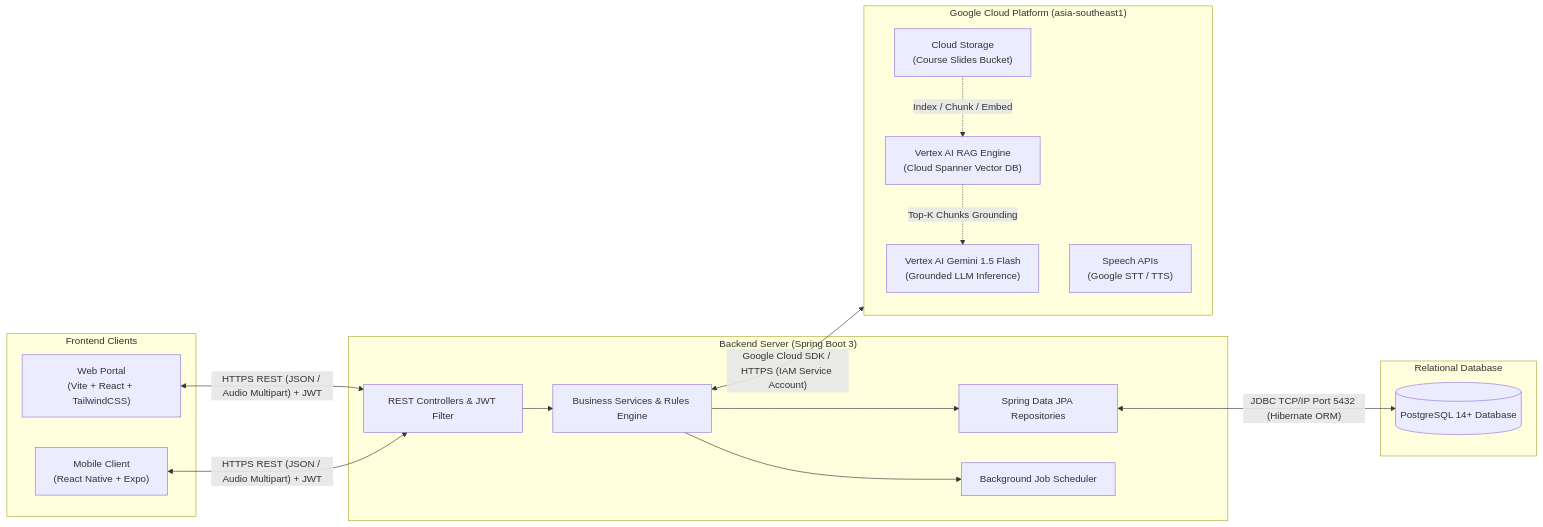
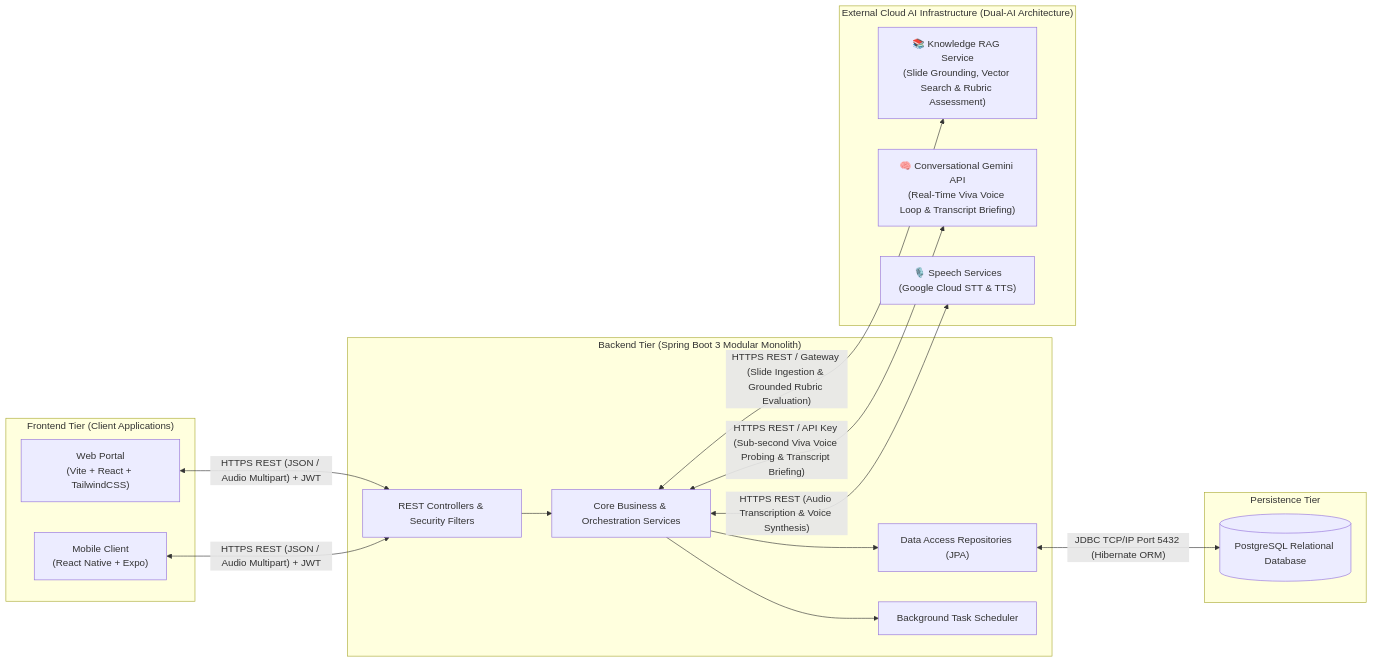
Before and after one commit to SWD392-Group-4/AI-powered-Viva-Exam-System: the first of 10 diagrams in document/Software_Architecture_Design_Report.md, drawn with Mermaid. The commit also changed other lines of this file and 8 other files, not shown here.

Commit message:
docs: add system documentation, sequence diagrams, and architecture design report

````diff
--- a/document/Software_Architecture_Design_Report.md
+++ b/document/Software_Architecture_Design_Report.md
@@ -146,35 +146,36 @@
 ```mermaid
 flowchart LR
-    subgraph FE["Frontend Clients"]
+    subgraph FE["Frontend Tier (Client Applications)"]
         REACT["Web Portal<br/>(Vite + React + TailwindCSS)"]
         MOBILE["Mobile Client<br/>(React Native + Expo)"]
     end
 
-    subgraph BE["Backend Server (Spring Boot 3)"]
-        CTRL["REST Controllers & JWT Filter"]
-        SERV["Business Services & Rules Engine"]
-        REPO["Spring Data JPA Repositories"]
-        JOBS["Background Job Scheduler"]
+    subgraph BE["Backend Tier (Spring Boot 3 Modular Monolith)"]
+        CTRL["REST Controllers & Security Filters"]
+        SERV["Core Business & Orchestration Services"]
+        REPO["Data Access Repositories (JPA)"]
+        JOBS["Background Task Scheduler"]
     end
 
-    subgraph EXT["Google Cloud Platform (asia-southeast1)"]
-        GCS["Cloud Storage<br/>(Course Slides Bucket)"]
-        RAG["Vertex AI RAG Engine<br/>(Cloud Spanner Vector DB)"]
-        GEMINI["Vertex AI Gemini 1.5 Flash<br/>(Grounded LLM Inference)"]
-        SPEECH["Speech APIs<br/>(Google STT / TTS)"]
+    subgraph AI_SERVICES["External Cloud AI Infrastructure (Dual-AI Architecture)"]
+        RAG_API["📚 Knowledge RAG Service<br/>(Slide Grounding, Vector Search & Rubric Assessment)"]
+        GEMINI_API["🧠 Conversational Gemini API<br/>(Real-Time Viva Voice Loop & Transcript Briefing)"]
+        SPEECH_API["🎙️ Speech Services<br/>(Google Cloud STT & TTS)"]
     end
 
-    subgraph DB["Relational Database"]
-        PG[("PostgreSQL 14+ Database")]
+    subgraph DB["Persistence Tier"]
+        PG[("PostgreSQL Relational Database")]
     end
 
     REACT <-- "HTTPS REST (JSON / Audio Multipart) + JWT" --> CTRL
     MOBILE <-- "HTTPS REST (JSON / Audio Multipart) + JWT" --> CTRL
     CTRL --> SERV
     SERV --> REPO
     SERV --> JOBS
-    SERV <-- "Google Cloud SDK / HTTPS (IAM Service Account)" --> EXT
-    GCS -. "Index / Chunk / Embed" .-> RAG
-    RAG -. "Top-K Chunks Grounding" .-> GEMINI
+    
+    SERV <-- "HTTPS REST / Gateway (Slide Ingestion & Grounded Rubric Evaluation)" --> RAG_API
+    SERV <-- "HTTPS REST / API Key (Sub-second Viva Voice Probing & Transcript Briefing)" --> GEMINI_API
+    SERV <-- "HTTPS REST (Audio Transcription & Voice Synthesis)" --> SPEECH_API
+    
     REPO <-- "JDBC TCP/IP Port 5432 (Hibernate ORM)" --> PG
 ```
````
